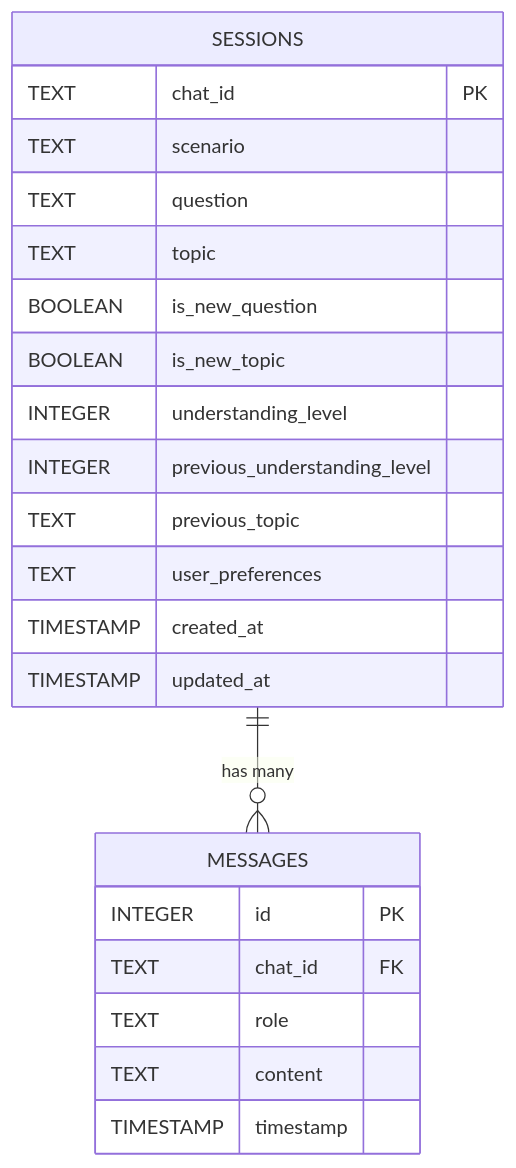
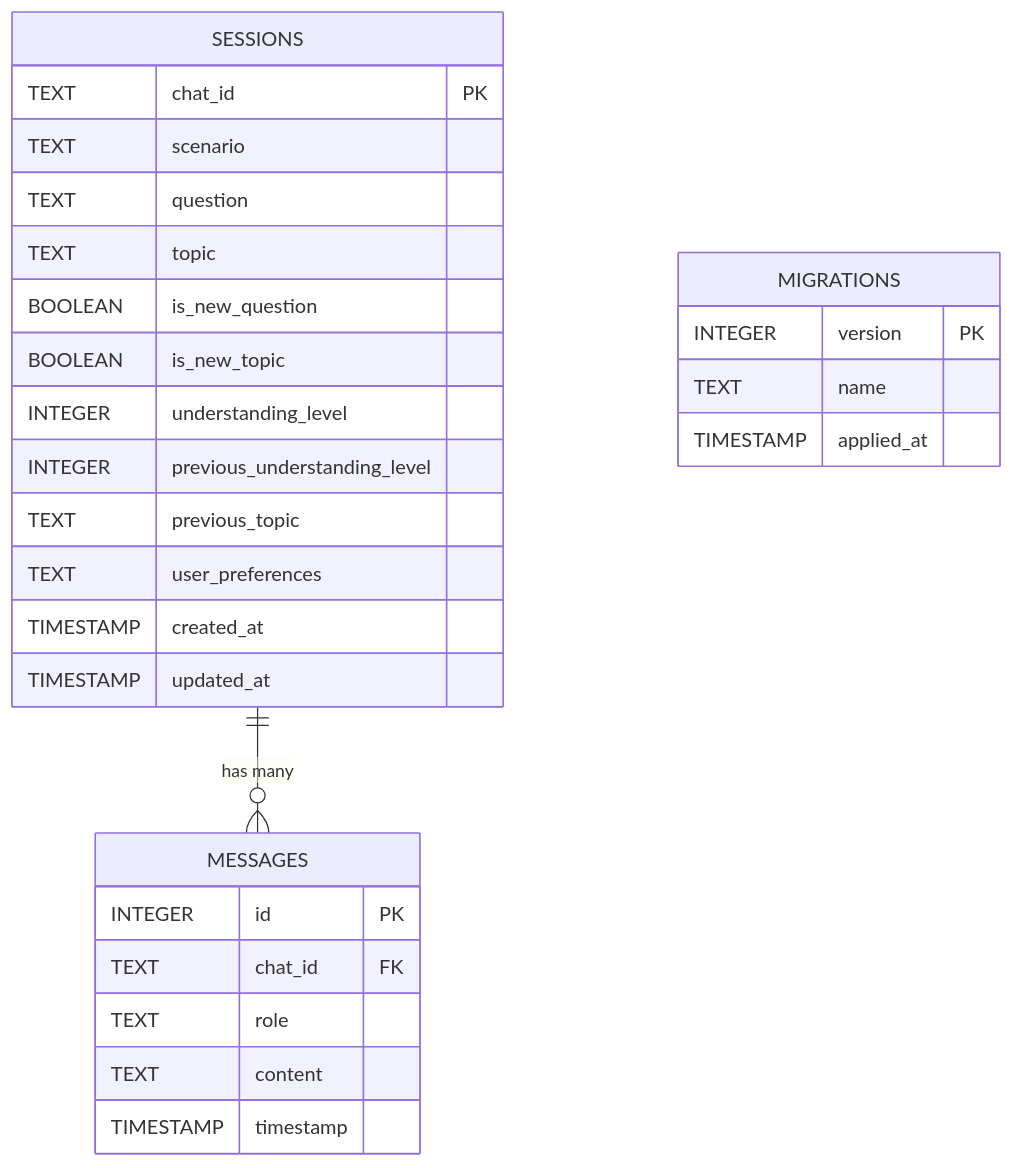
The third of 4 diagrams in doc/vision.md (mihail-gribov/easy-lessons-bot), drawn with Mermaid before and after one commit. The commit also changed other lines of this file and 5 other files, not shown here.

````diff
--- a/doc/vision.md
+++ b/doc/vision.md
@@ -221,27 +248,33 @@
 ```mermaid
 erDiagram
     SESSIONS {
         TEXT chat_id PK
         TEXT scenario
         TEXT question
         TEXT topic
         BOOLEAN is_new_question
         BOOLEAN is_new_topic
         INTEGER understanding_level
         INTEGER previous_understanding_level
         TEXT previous_topic
         TEXT user_preferences
         TIMESTAMP created_at
         TIMESTAMP updated_at
     }
     
     MESSAGES {
         INTEGER id PK
         TEXT chat_id FK
         TEXT role
         TEXT content
         TIMESTAMP timestamp
     }
     
+    MIGRATIONS {
+        INTEGER version PK
+        TEXT name
+        TIMESTAMP applied_at
+    }
+    
     SESSIONS ||--o{ MESSAGES : "has many"
 ```
````
